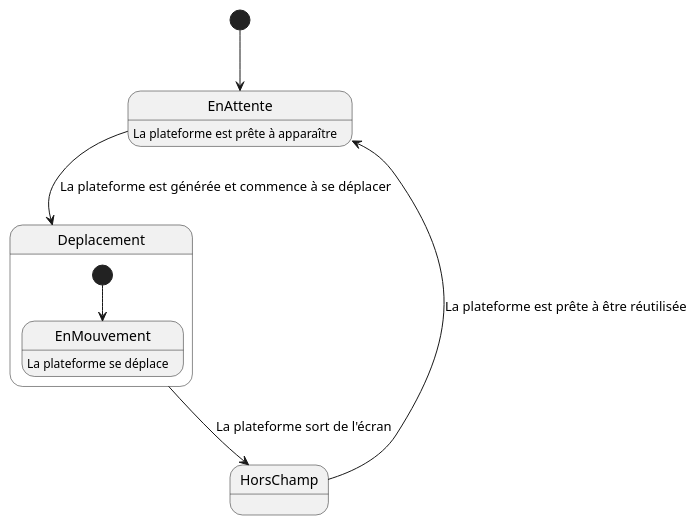
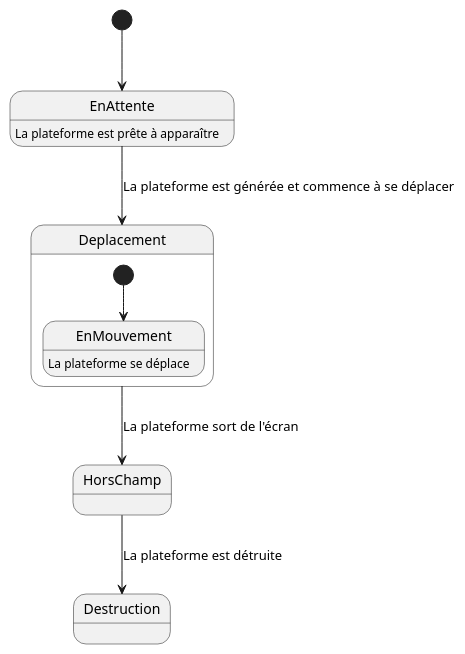
Before and after one commit to LosVerinos/Crossy-Road: the diagram in Diagram/StateDiagram/PlatformState.puml, drawn with PlantUML. The commit also changed 3 other files, not shown here.

Commit message:
update des diagrammes d'état

```diff
--- a/Diagram/StateDiagram/PlatformState.puml
+++ b/Diagram/StateDiagram/PlatformState.puml
@@ -1,13 +1,13 @@
 @startuml
 [*] --> EnAttente
 EnAttente : La plateforme est prête à apparaître
 
 EnAttente --> Deplacement : La plateforme est générée et commence à se déplacer
 Deplacement --> HorsChamp : La plateforme sort de l'écran
-HorsChamp --> EnAttente : La plateforme est prête à être réutilisée
+HorsChamp --> Destruction : La plateforme est détruite
 
 state Deplacement {
     [*] --> EnMouvement
     EnMouvement : La plateforme se déplace
 }
 @enduml
```
